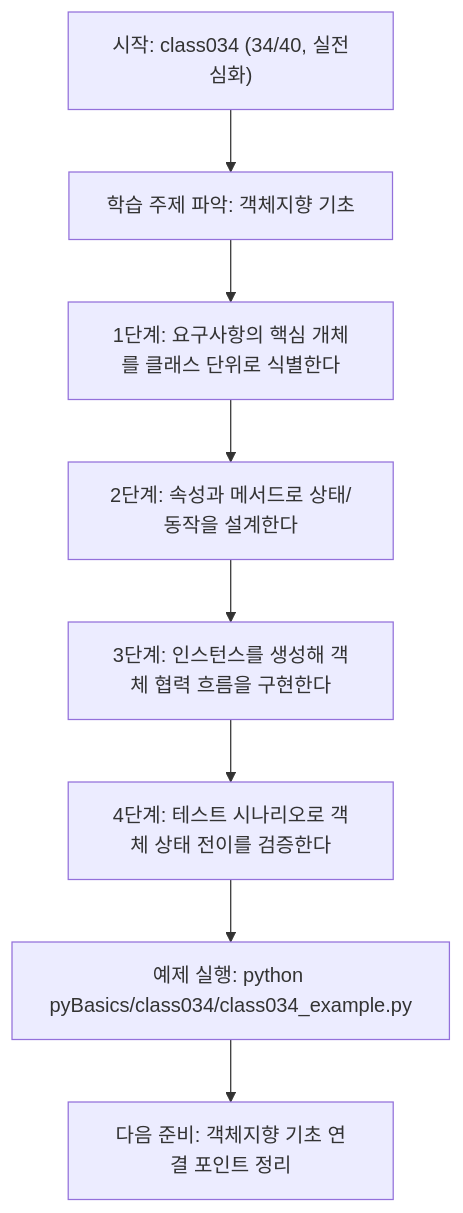
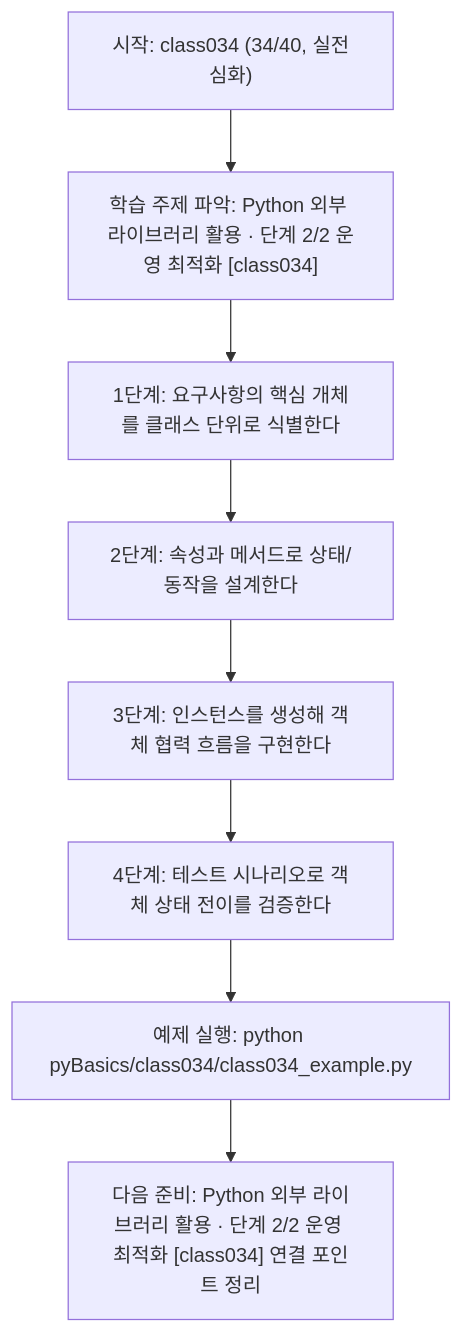
Before and after one commit to edumgt/Python-AI_Agent-Class: the diagram in pyBasics/class034/class034.md, drawn with Mermaid. The commit also changed other lines of this file and 522 other files, not shown here.

````diff
--- a/pyBasics/class034/class034.md
+++ b/pyBasics/class034/class034.md
@@ -108,18 +108,18 @@
 ```mermaid
 flowchart TD
 N1["시작: class034 (34/40, 실전심화)"]
-N2["학습 주제 파악: 객체지향 기초"]
+N2["학습 주제 파악: Python 외부 라이브러리 활용 · 단계 2/2 운영 최적화 [class034]"]
 N3["1단계: 요구사항의 핵심 개체를 클래스 단위로 식별한다"]
 N4["2단계: 속성과 메서드로 상태/동작을 설계한다"]
 N5["3단계: 인스턴스를 생성해 객체 협력 흐름을 구현한다"]
 N6["4단계: 테스트 시나리오로 객체 상태 전이를 검증한다"]
 N7["예제 실행: python pyBasics/class034/class034_example.py"]
-N8["다음 준비: 객체지향 기초 연결 포인트 정리"]
+N8["다음 준비: Python 외부 라이브러리 활용 · 단계 2/2 운영 최적화 [class034] 연결 포인트 정리"]
 N1 --> N2
 N2 --> N3
 N3 --> N4
 N4 --> N5
 N5 --> N6
 N6 --> N7
 N7 --> N8
 ```
````
